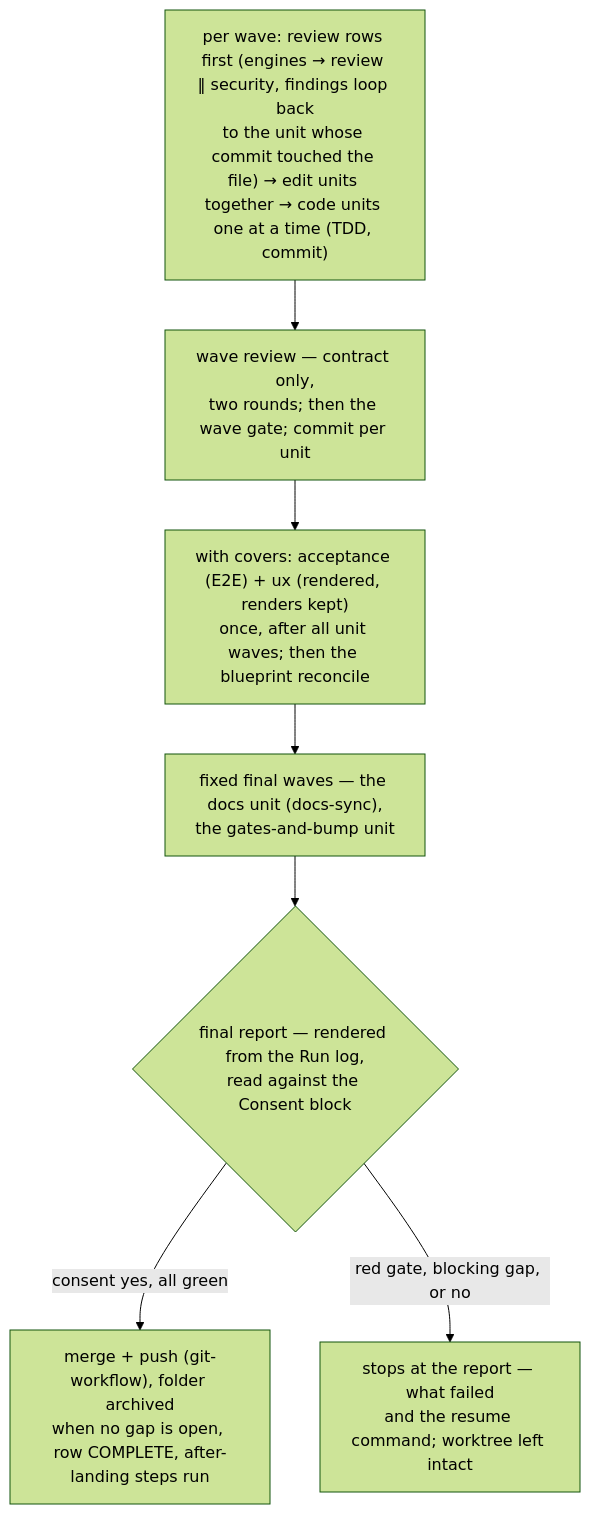
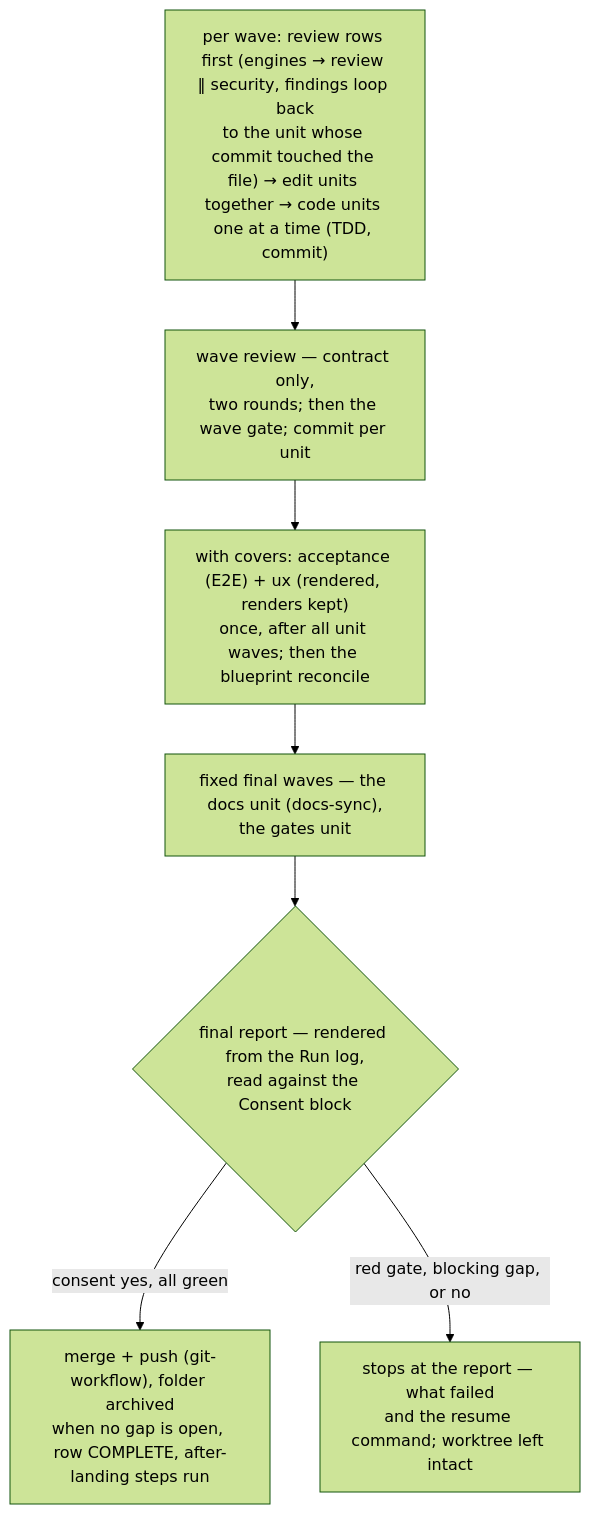
Before and after one commit to virajp/claude-plugins: the second of 2 diagrams in site/src/content/docs/plugins/vwf.md, drawn with Mermaid (forest theme). The commit also changed other lines of this file and 9 other files, not shown here.

````diff
--- a/site/src/content/docs/plugins/vwf.md
+++ b/site/src/content/docs/plugins/vwf.md
@@ -2800,9 +2807,9 @@
 ```mermaid
 flowchart TD
     W["per wave: review rows first (engines → review ‖ security, findings loop back<br/>to the unit whose commit touched the file) → edit units together → code units one at a time (TDD, commit)"] --> R["wave review — contract only,<br/>two rounds; then the wave gate; commit per unit"]
     R --> AX["with covers: acceptance (E2E) + ux (rendered, renders kept)<br/>once, after all unit waves; then the blueprint reconcile"]
-    AX --> F["fixed final waves — the docs unit (docs-sync),<br/>the gates-and-bump unit"]
+    AX --> F["fixed final waves — the docs unit (docs-sync),<br/>the gates unit"]
     F --> G{"final report — rendered from the Run log,<br/>read against the Consent block"}
     G -->|consent yes, all green| M["merge + push (git-workflow), folder archived<br/>when no gap is open, row COMPLETE, after-landing steps run"]
     G -->|red gate, blocking gap, or no| S["stops at the report — what failed<br/>and the resume command; worktree left intact"]
 ```
````
